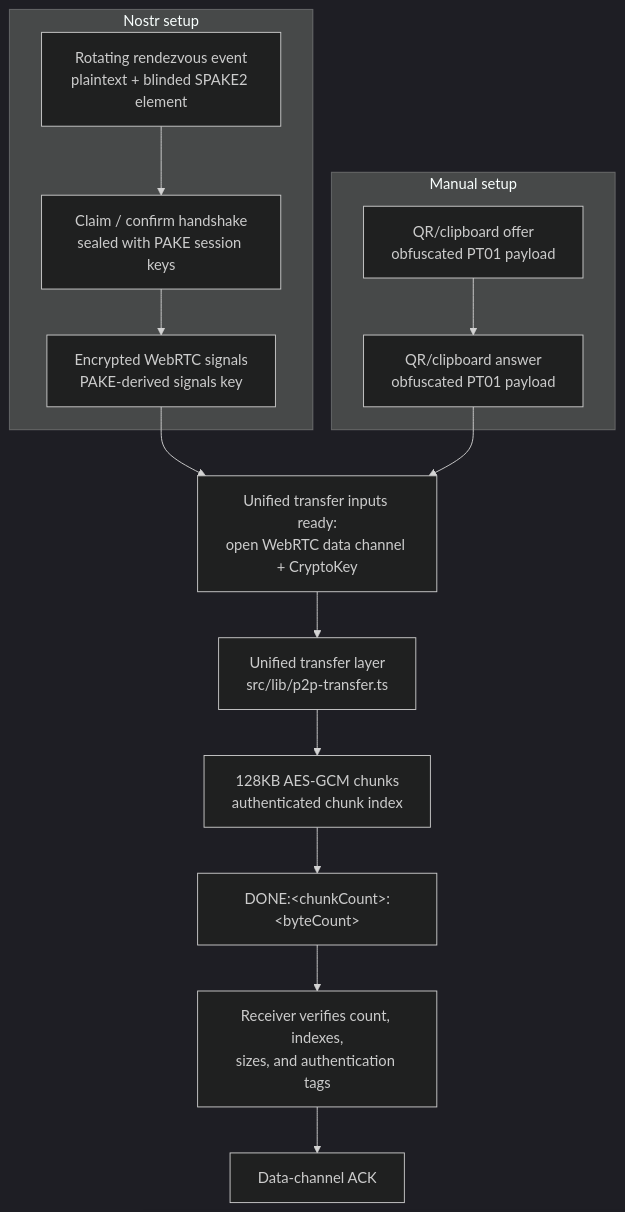
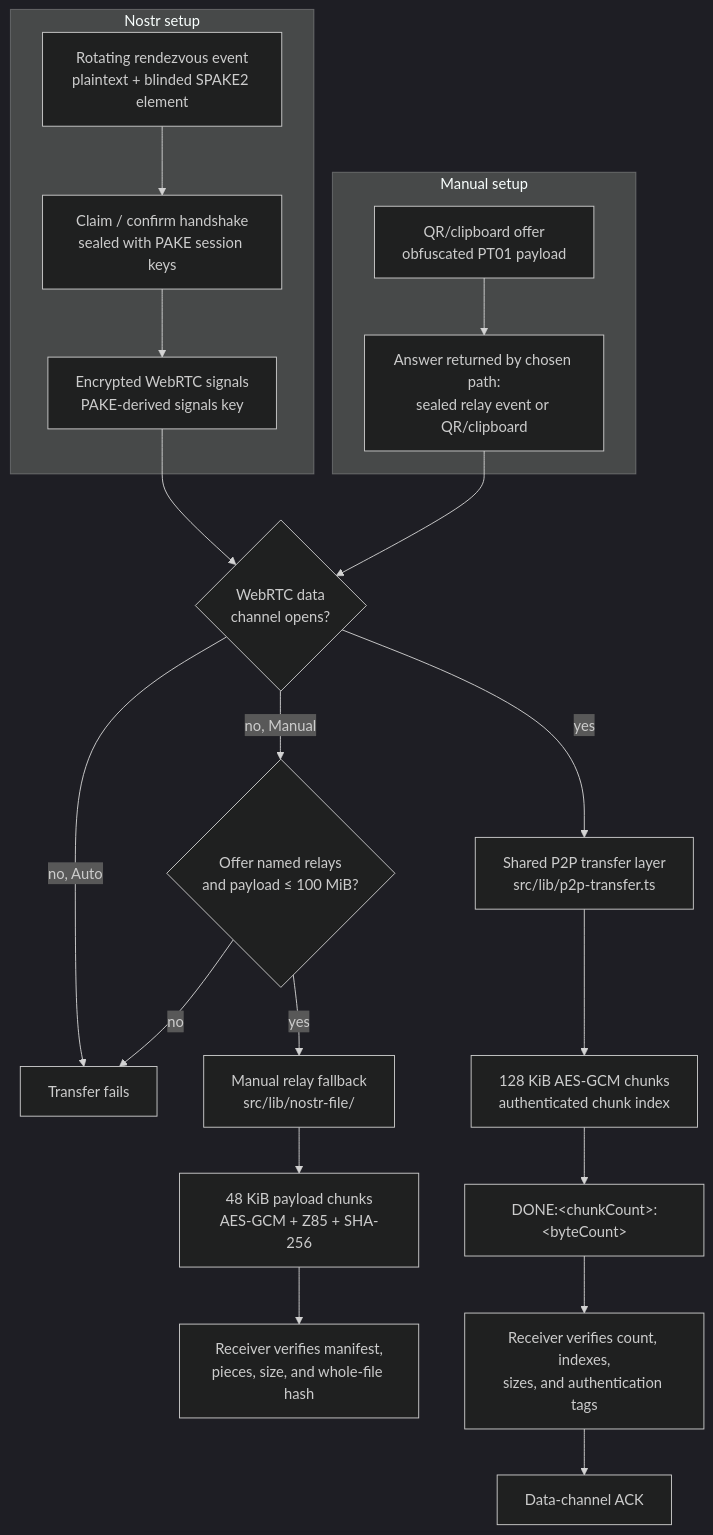
The first of 5 diagrams in docs/ARCHITECTURE.md (andrewtheguy/ptransfer), drawn with Mermaid (dark theme) before and after one commit. The commit also changed other lines of this file and 30 other files, not shown here.

````diff
--- a/docs/ARCHITECTURE.md
+++ b/docs/ARCHITECTURE.md
@@ -38,25 +38,30 @@
 ```mermaid
 flowchart TD
     subgraph Nostr[Nostr setup]
         N1[Rotating rendezvous event<br/>plaintext + blinded SPAKE2 element]
         N2[Claim / confirm handshake<br/>sealed with PAKE session keys]
         N3[Encrypted WebRTC signals<br/>PAKE-derived signals key]
         N1 --> N2
         N2 --> N3
     end
 
     subgraph Manual[Manual setup]
         M1[QR/clipboard offer<br/>obfuscated PT01 payload]
-        M2[QR/clipboard answer<br/>obfuscated PT01 payload]
+        M2[Answer returned by chosen path:<br/>sealed relay event or QR/clipboard]
         M1 --> M2
     end
 
-    N3 --> Channel[Unified transfer inputs ready:<br/>open WebRTC data channel + CryptoKey]
-    M2 --> Channel
-
-    Channel --> Transfer[Unified transfer layer<br/>src/lib/p2p-transfer.ts]
-    Transfer --> Chunks[128KB AES-GCM chunks<br/>authenticated chunk index]
+    N3 --> Direct{WebRTC data<br/>channel opens?}
+    M2 --> Direct
+    Direct -->|yes| Transfer[Shared P2P transfer layer<br/>src/lib/p2p-transfer.ts]
+    Direct -->|no, Auto| Failed[Transfer fails]
+    Direct -->|no, Manual| Eligible{Offer named relays<br/>and payload ≤ 100 MiB?}
+    Eligible -->|no| Failed
+    Eligible -->|yes| Relay[Manual relay fallback<br/>src/lib/nostr-file/]
+    Relay --> RelayChunks[48 KiB payload chunks<br/>AES-GCM + Z85 + SHA-256]
+    RelayChunks --> RelayDone[Receiver verifies manifest,<br/>pieces, size, and whole-file hash]
+    Transfer --> Chunks[128 KiB AES-GCM chunks<br/>authenticated chunk index]
     Chunks --> Done[DONE:&lt;chunkCount&gt;:&lt;byteCount&gt;]
     Done --> Verify[Receiver verifies count, indexes,<br/>sizes, and authentication tags]
     Verify --> Ack[Data-channel ACK]
 ```
````
